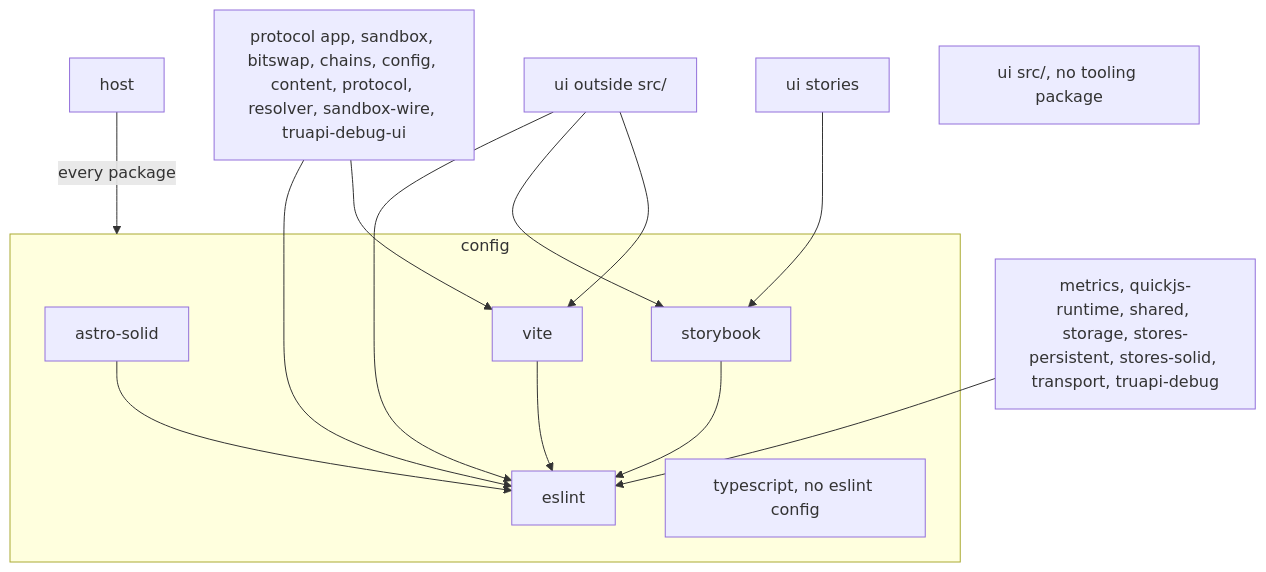
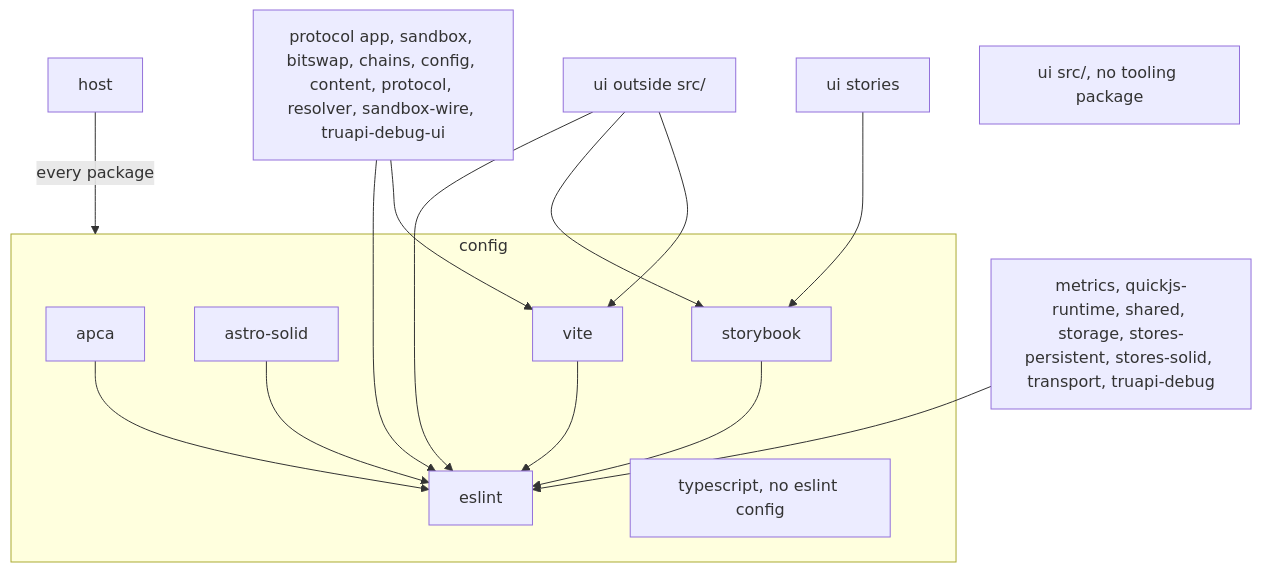
Before and after one commit to paritytech/dotli-community: the second of 2 diagrams in docs/code/placement.md, drawn with Mermaid. The commit also changed other lines of this file and 15 other files, not shown here.

````diff
--- a/docs/code/placement.md
+++ b/docs/code/placement.md
@@ -75,22 +75,23 @@
 ```mermaid
 flowchart TD
   host[host]
   viteUsers["protocol app, sandbox, bitswap, chains, config, content, protocol, resolver, sandbox-wire, truapi-debug-ui"]
   eslintOnly["metrics, quickjs-runtime, shared, storage, stores-persistent, stores-solid, transport, truapi-debug"]
   uiRest["ui outside src/"]
   uiStories[ui stories]
   uiSrc["ui src/, no tooling package"]
   subgraph tooling [config]
+    apca[apca]
     astroSolid[astro-solid]
     eslint[eslint]
     storybook[storybook]
     typescript["typescript, no eslint config"]
     vite[vite]
   end
   host -->|every package| tooling
   viteUsers --> eslint & vite
   eslintOnly --> eslint
   uiRest --> eslint & storybook & vite
   uiStories --> storybook
-  astroSolid & storybook & vite --> eslint
+  apca & astroSolid & storybook & vite --> eslint
 ```
````
